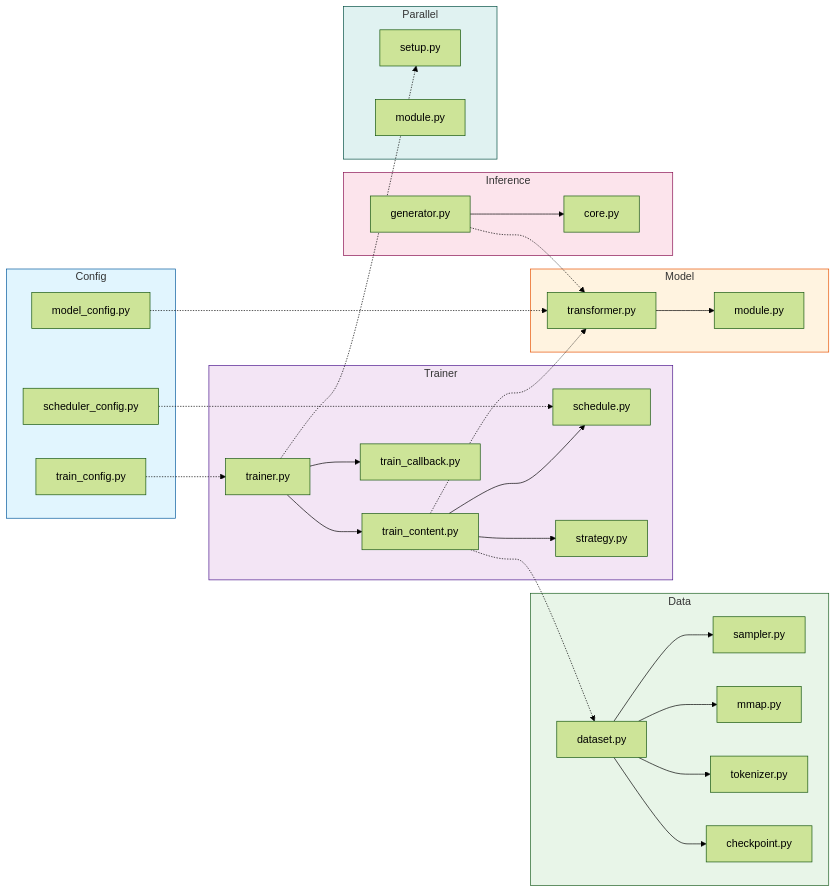
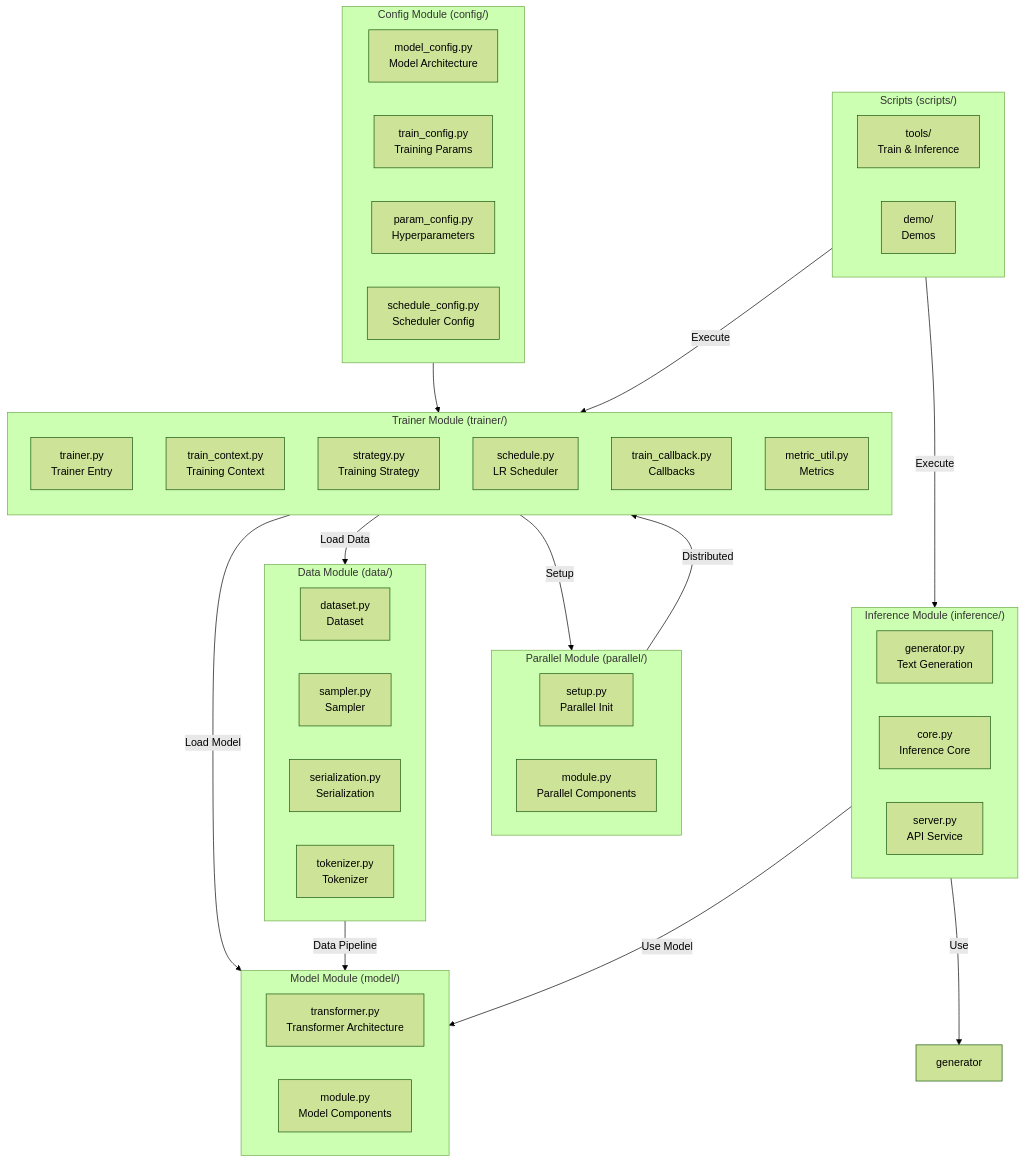
One commit to ViperEkura/KHAOSZ changed the diagram in assets/docs/design.md. Above: the diagram before and after it, drawn with Mermaid (forest theme). The commit also changed other lines of this file, not shown here.

Commit message:
docs: 更新 design.md 项目结构和模块文档

````diff
--- a/assets/docs/design.md
+++ b/assets/docs/design.md
@@ -11,88 +11,84 @@
 ```mermaid
-graph LR
+flowchart TB
     %% Style definitions
-    classDef config fill:#e1f5fe,stroke:#01579b;
-    classDef trainer fill:#f3e5f5,stroke:#4a148c;
-    classDef data fill:#e8f5e8,stroke:#1b5e20;
-    classDef model fill:#fff3e0,stroke:#e65100;
-    classDef inference fill:#fce4ec,stroke:#880e4f;
-    classDef parallel fill:#e0f2f1,stroke:#004d40;
+    classDef config fill:#e1f5fe,stroke:#01579b,stroke-width:2px;
+    classDef data fill:#e8f5e8,stroke:#1b5e20,stroke-width:2px;
+    classDef model fill:#fff3e0,stroke:#e65100,stroke-width:2px;
+    classDef trainer fill:#f3e5f5,stroke:#4a148c,stroke-width:2px;
+    classDef inference fill:#fce4ec,stroke:#880e4f,stroke-width:2px;
+    classDef parallel fill:#e0f2f1,stroke:#004d40,stroke-width:2px;
+    classDef scripts fill:#fffbe6,stroke:#f57f17,stroke-width:2px;
+
+    subgraph Config["Config Module (config/)"]
+        direction LR
+        C1[model_config.py<br/>Model Architecture]
+        C2[train_config.py<br/>Training Params]
+        C3[param_config.py<br/>Hyperparameters]
+        C4[schedule_config.py<br/>Scheduler Config]
+    end
     
-    %% Config module
-    subgraph Config["Config"]
-        C1[model_config.py]
-        C2[train_config.py]
-        C3[scheduler_config.py]
+    subgraph Data["Data Module (data/)"]
+        direction LR
+        D1[dataset.py<br/>Dataset]
+        D2[sampler.py<br/>Sampler]
+        D3[serialization.py<br/>Serialization]
+        D4[tokenizer.py<br/>Tokenizer]
     end
-    class Config config;
+    
+    subgraph Model["Model Module (model/)"]
+        direction LR
+        M1[transformer.py<br/>Transformer Architecture]
+        M2[module.py<br/>Model Components]
+    end
+    
+    subgraph Trainer["Trainer Module (trainer/)"]
+        direction TB
+        T1[trainer.py<br/>Trainer Entry]
+        T2[train_context.py<br/>Training Context]
+        T3[strategy.py<br/>Training Strategy]
+        T4[schedule.py<br/>LR Scheduler]
+        T5[train_callback.py<br/>Callbacks]
+        T6[metric_util.py<br/>Metrics]
+    end
+    
+    subgraph Inference["Inference Module (inference/)"]
+        direction LR
+        I1[generator.py<br/>Text Generation]
+        I2[core.py<br/>Inference Core]
+        I3[server.py<br/>API Service]
+    end
+    
+    subgraph Parallel["Parallel Module (parallel/)"]
+        direction LR
+        P1[setup.py<br/>Parallel Init]
+        P2[module.py<br/>Parallel Components]
+    end
+    
+    subgraph Scripts["Scripts (scripts/)"]
+        direction LR
+        S1[tools/<br/>Train & Inference]
+        S2[demo/<br/>Demos]
+    end
 
-    %% Trainer module
-    subgraph Trainer["Trainer"]
-        T1[trainer.py]
-        T2[train_content.py]
-        T3[schedule.py]
-        T4[strategy.py]
-        T5[train_callback.py]
-    end
-    class Trainer trainer;
-
-    %% Data module
-    subgraph Data["Data"]
-        D1[dataset.py]
-        D2[sampler.py]
-        D3[mmap.py]
-        D4[tokenizer.py]
-        D5[checkpoint.py]
-    end
-    class Data data;
-
-    %% Model module
-    subgraph Model["Model"]
-        M1[transformer.py]
-        M2[module.py]
-    end
-    class Model model;
-
-    %% Inference module
-    subgraph Inference["Inference"]
-        I1[generator.py]
-        I2[core.py]
-    end
-    class Inference inference;
-
-    %% Parallel module
-    subgraph Parallel["Parallel"]
-        P1[setup.py]
-        P2[module.py]
-    end
-    class Parallel parallel;
-
-    %% Config dependencies
-    C2 -.-> T1
-    C1 -.-> M1
-    C3 -.-> T3
-
-    %% Trainer internal dependencies
-    T1 --> T5
-    T1 --> T2
-    T2 --> T3
-    T2 --> T4
-
-    %% Data flow
-    D1 --> D2
-    D1 --> D3
-    D1 --> D4
-    D1 --> D5
-
-    %% Model dependencies
-    M1 --> M2
-
-    %% Inference dependencies
-    I1 --> I2
-
-    %% Cross-module dependencies
-    T2 -.-> M1
-    I1 -.-> M1
-    T2 -.-> D1
-    T1 -.-> P1
+    %% External config input
+    Config --> Trainer
+    
+    %% Training flow
+    Trainer -->|Load Model| Model
+    Trainer -->|Load Data| Data
+    Trainer -->|Setup| Parallel
+    
+    %% Inference flow
+    Inference -->|Use Model| Model
+    Inference -->|Use| generator
+    
+    %% Data dependency
+    Data -->|Data Pipeline| Model
+    
+    %% Parallel dependency
+    Parallel -->|Distributed| Trainer
+    
+    %% Scripts
+    Scripts -->|Execute| Trainer
+    Scripts -->|Execute| Inference
 ```
````
